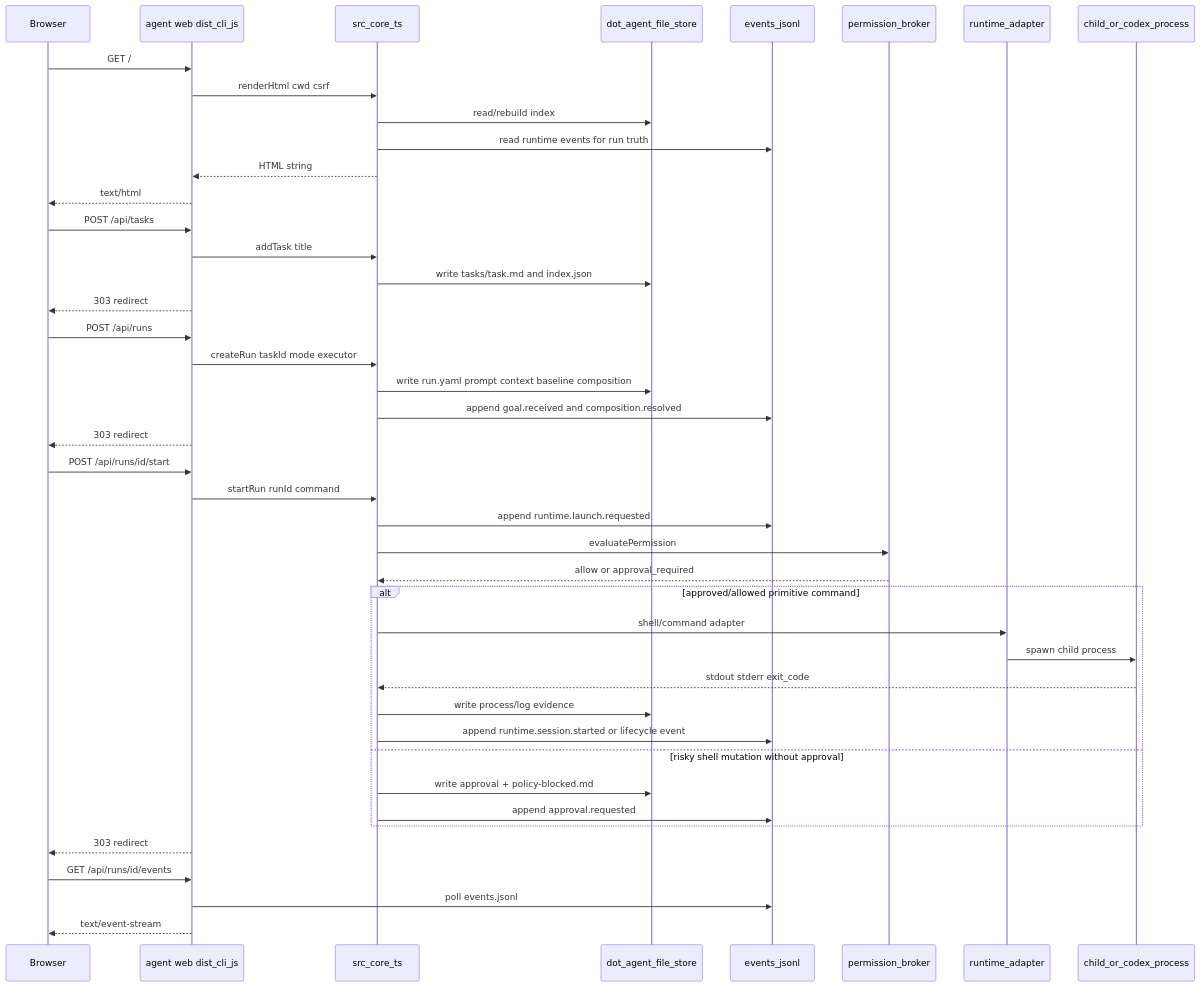
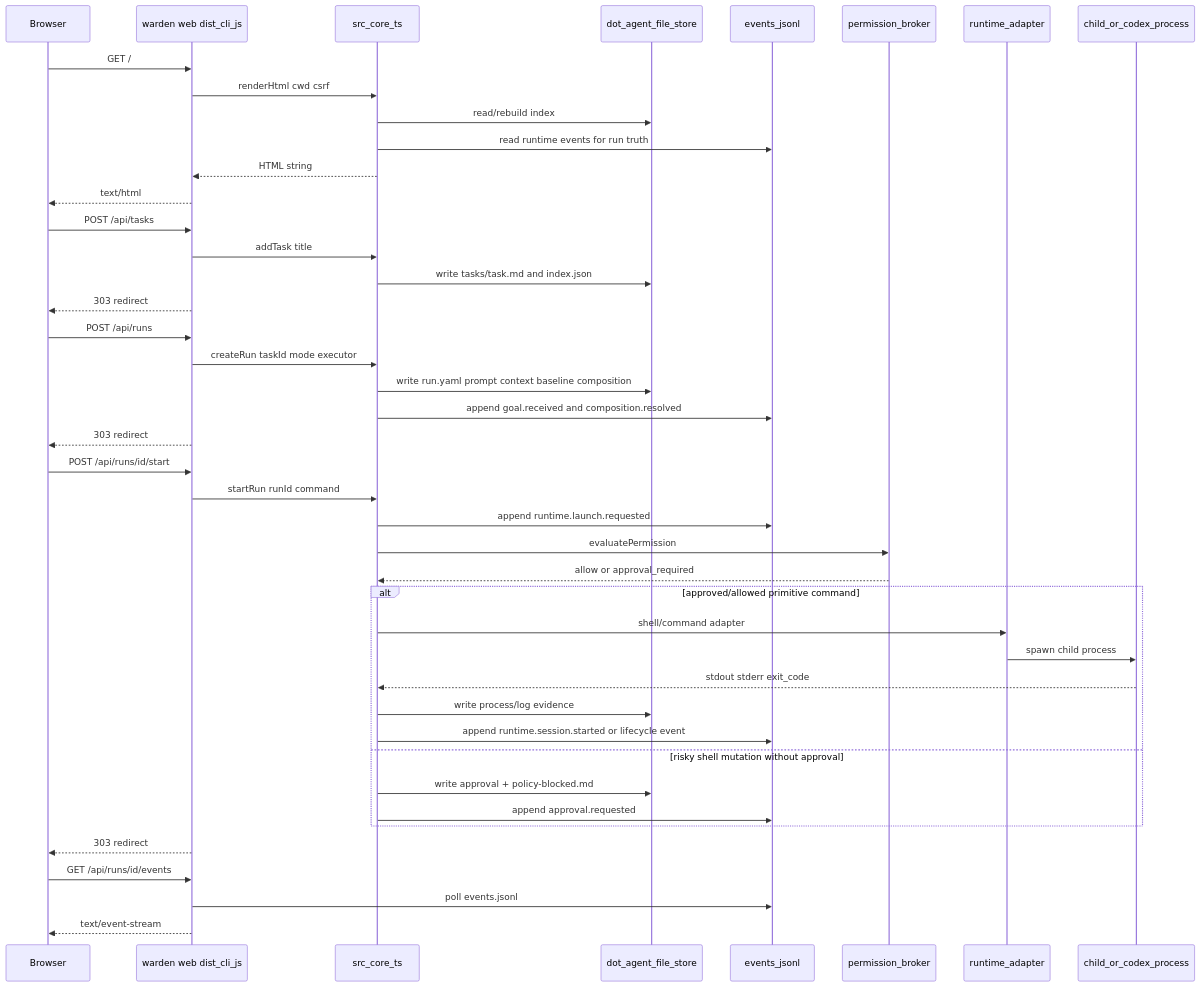
Before and after one commit to Dongkyu-ES/maestro: the second of 8 diagrams in docs/architecture/PHYSICAL_RUNTIME_ARCHITECTURE.md, drawn with Mermaid. The commit also changed other lines of this file and 27 other files, not shown here.

First line of the commit message:
Rename: Dominic Orchestration -> Warden (brand, package, CLI verb, gate identity)

````diff
--- a/docs/architecture/PHYSICAL_RUNTIME_ARCHITECTURE.md
+++ b/docs/architecture/PHYSICAL_RUNTIME_ARCHITECTURE.md
@@ -48,50 +48,50 @@
 ```mermaid
 sequenceDiagram
     participant B as Browser
-    participant S as agent web dist_cli_js
+    participant S as warden web dist_cli_js
     participant C as src_core_ts
     participant F as dot_agent_file_store
     participant E as events_jsonl
     participant P as permission_broker
     participant R as runtime_adapter
     participant X as child_or_codex_process
 
     B->>S: GET /
     S->>C: renderHtml cwd csrf
     C->>F: read/rebuild index
     C->>E: read runtime events for run truth
     C-->>S: HTML string
     S-->>B: text/html
 
     B->>S: POST /api/tasks
     S->>C: addTask title
     C->>F: write tasks/task.md and index.json
     S-->>B: 303 redirect
 
     B->>S: POST /api/runs
     S->>C: createRun taskId mode executor
     C->>F: write run.yaml prompt context baseline composition
     C->>E: append goal.received and composition.resolved
     S-->>B: 303 redirect
 
     B->>S: POST /api/runs/id/start
     S->>C: startRun runId command
     C->>E: append runtime.launch.requested
     C->>P: evaluatePermission
     P-->>C: allow or approval_required
     alt approved/allowed primitive command
         C->>R: shell/command adapter
         R->>X: spawn child process
         X-->>C: stdout stderr exit_code
         C->>F: write process/log evidence
         C->>E: append runtime.session.started or lifecycle event
     else risky shell mutation without approval
         C->>F: write approval + policy-blocked.md
         C->>E: append approval.requested
     end
     S-->>B: 303 redirect
 
     B->>S: GET /api/runs/id/events
     S->>E: poll events.jsonl
     S-->>B: text/event-stream
 ```
````
